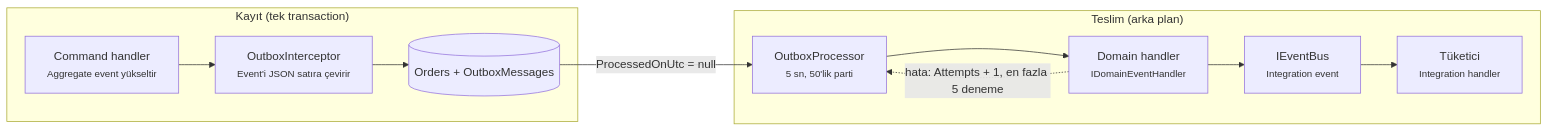
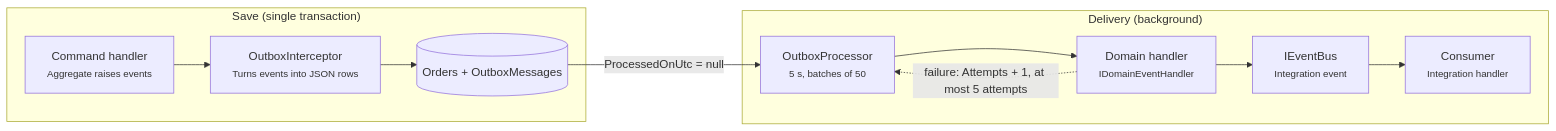
The third of 3 diagrams in README.md (gokhanertogan/onion_template), drawn with Mermaid before and after one commit. The commit also changed other lines of this file, not shown here.

````diff
--- a/README.md
+++ b/README.md
@@ -442,14 +444,14 @@
 ```mermaid
 flowchart LR
-    subgraph Yazma["Kayıt (tek transaction)"]
-        H["Command handler<br/><small>Aggregate event yükseltir</small>"] --> OI["OutboxInterceptor<br/><small>Event'i JSON satıra çevirir</small>"]
+    subgraph Write["Save (single transaction)"]
+        H["Command handler<br/><small>Aggregate raises events</small>"] --> OI["OutboxInterceptor<br/><small>Turns events into JSON rows</small>"]
         OI --> DB[("Orders + OutboxMessages")]
     end
-    subgraph Teslim["Teslim (arka plan)"]
-        P["OutboxProcessor<br/><small>5 sn, 50'lik parti</small>"] --> DH["Domain handler<br/><small>IDomainEventHandler</small>"]
+    subgraph Deliver["Delivery (background)"]
+        P["OutboxProcessor<br/><small>5 s, batches of 50</small>"] --> DH["Domain handler<br/><small>IDomainEventHandler</small>"]
         DH --> EB["IEventBus<br/><small>Integration event</small>"]
-        EB --> CO["Tüketici<br/><small>Integration handler</small>"]
+        EB --> CO["Consumer<br/><small>Integration handler</small>"]
     end
     DB -- "ProcessedOnUtc = null" --> P
-    DH -. "hata: Attempts + 1, en fazla 5 deneme" .-> P
+    DH -. "failure: Attempts + 1, at most 5 attempts" .-> P
 ```
````
